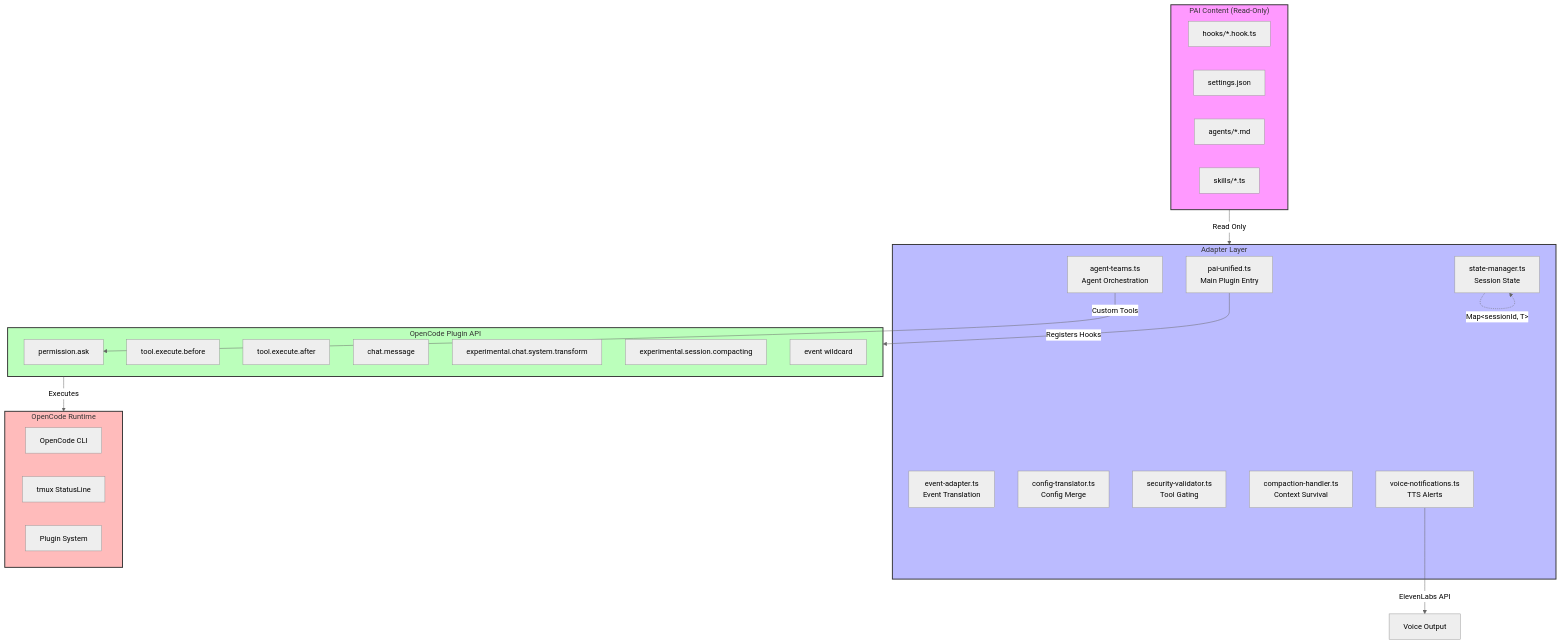
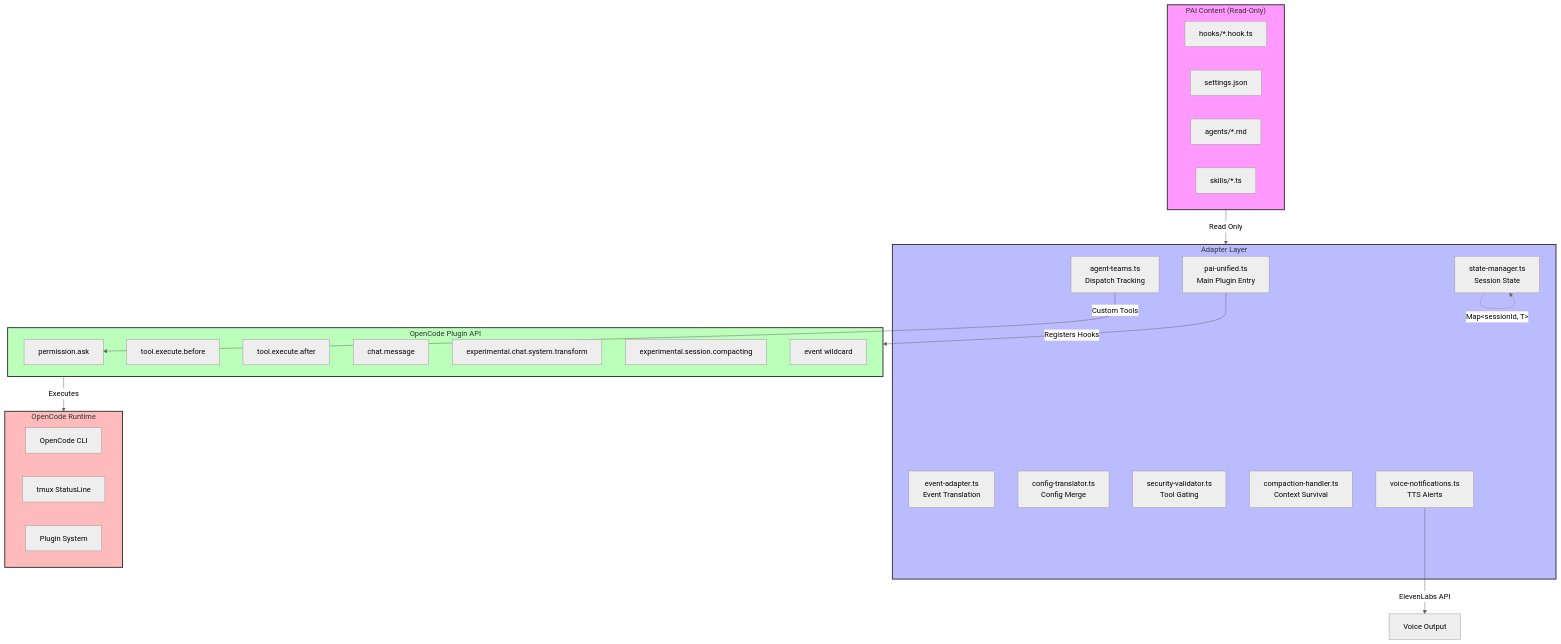
One commit to anditurdiu/pai-opencode-adapter changed the diagram in README.md. Above: the diagram before and after it, drawn with Mermaid (neutral theme). The commit also changed other lines of this file and 1 other file, not shown here.

Commit message:
chore: fix README accuracy (agent teams, event counts), add CI workflow

````diff
--- a/README.md
+++ b/README.md
@@ -61,48 +61,48 @@
 ```mermaid
 flowchart TB
     subgraph PAI_CONTENT["PAI Content (Read-Only)"]
         A1[hooks/*.hook.ts]
         A2[settings.json]
         A3[agents/*.md]
         A4[skills/*.ts]
     end
 
     subgraph ADAPTER["Adapter Layer"]
         B1[pai-unified.ts<br/>Main Plugin Entry]
         B2[event-adapter.ts<br/>Event Translation]
         B3[config-translator.ts<br/>Config Merge]
         B4[state-manager.ts<br/>Session State]
         B5[security-validator.ts<br/>Tool Gating]
         B6[compaction-handler.ts<br/>Context Survival]
         B7[voice-notifications.ts<br/>TTS Alerts]
-        B8[agent-teams.ts<br/>Agent Orchestration]
+        B8[agent-teams.ts<br/>Dispatch Tracking]
     end
 
     subgraph OPENCODE_API["OpenCode Plugin API"]
         C1[permission.ask]
         C2[tool.execute.before]
         C3[tool.execute.after]
         C4[chat.message]
         C5[experimental.chat.system.transform]
         C6[experimental.session.compacting]
         C7[event wildcard]
     end
 
     subgraph RUNTIME["OpenCode Runtime"]
         D1[OpenCode CLI]
         D2[tmux StatusLine]
         D3[Plugin System]
     end
 
     PAI_CONTENT -->|Read Only| ADAPTER
     B1 -->|Registers Hooks| OPENCODE_API
     OPENCODE_API -->|Executes| RUNTIME
     B4 -.->|Map&lt;sessionId, T&gt;| B4
     B7 -->|ElevenLabs API| E[Voice Output]
     B8 -->|Custom Tools| C1
 
     style PAI_CONTENT fill:#f9f,stroke:#333,stroke-width:2px
     style ADAPTER fill:#bbf,stroke:#333,stroke-width:2px
     style OPENCODE_API fill:#bfb,stroke:#333,stroke-width:2px
     style RUNTIME fill:#fbb,stroke:#333,stroke-width:2px
 ```
````
